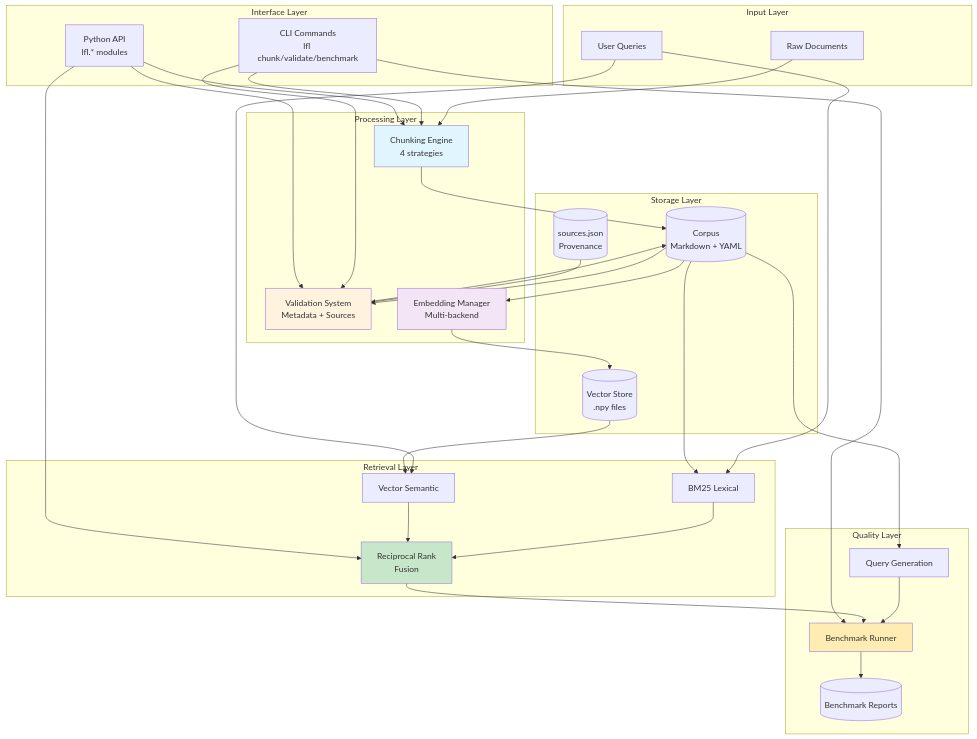
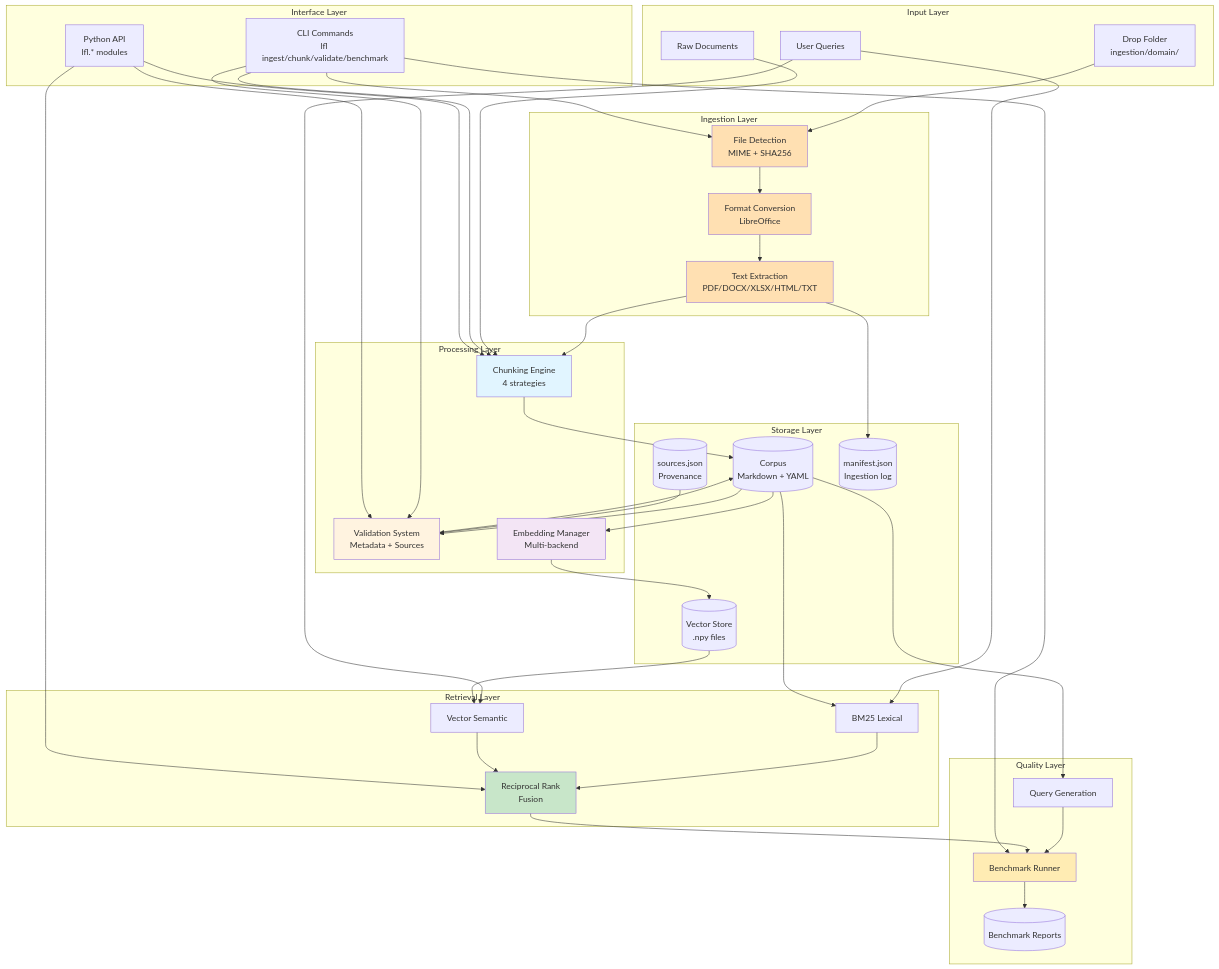
Before and after one commit to justincheshire-star/Little-Free-Library: the first of 8 diagrams in contributors/ARCHITECTURE.md, drawn with Mermaid. The commit also changed other lines of this file and 27 other files, not shown here.

```diff
--- a/contributors/ARCHITECTURE.md
+++ b/contributors/ARCHITECTURE.md
@@ -23,7 +23,14 @@
 graph TB
     subgraph "Input Layer"
         RawDocs[Raw Documents]
+        DropFolder[Drop Folder<br/>ingestion/domain/]
         UserQuery[User Queries]
+    end
+    
+    subgraph "Ingestion Layer"
+        Detect[File Detection<br/>MIME + SHA256]
+        Convert[Format Conversion<br/>LibreOffice]
+        Extract[Text Extraction<br/>PDF/DOCX/XLSX/HTML/TXT]
     end
     
     subgraph "Processing Layer"
@@ -36,6 +43,7 @@
         Corpus[(Corpus<br/>Markdown + YAML)]
         Vectors[(Vector Store<br/>.npy files)]
         Sources[(sources.json<br/>Provenance)]
+        Manifest[(manifest.json<br/>Ingestion log)]
     end
     
     subgraph "Retrieval Layer"
@@ -51,10 +59,14 @@
     end
     
     subgraph "Interface Layer"
-        CLI[CLI Commands<br/>lfl chunk/validate/benchmark]
+        CLI[CLI Commands<br/>lfl ingest/chunk/validate/benchmark]
         API[Python API<br/>lfl.* modules]
     end
     
+    DropFolder --> Detect
+    Detect --> Convert
+    Convert --> Extract
+    Extract --> Chunking
     RawDocs --> Chunking
     Chunking --> Corpus
     Corpus --> Validation
@@ -62,6 +74,7 @@
     Corpus --> Embeddings
     Embeddings --> Vectors
     Sources --> Validation
+    Extract --> Manifest
     
     UserQuery --> BM25
     UserQuery --> VectorSearch
@@ -75,6 +88,7 @@
     RRF --> Benchmark
     Benchmark --> Reports
     
+    CLI --> Detect
     CLI --> Chunking
     CLI --> Validation
     CLI --> Benchmark
@@ -82,6 +96,9 @@
     API --> Validation
     API --> RRF
     
+    style Detect fill:#ffe0b2
+    style Convert fill:#ffe0b2
+    style Extract fill:#ffe0b2
     style Chunking fill:#e1f5ff
     style Validation fill:#fff3e0
     style Embeddings fill:#f3e5f5
```
